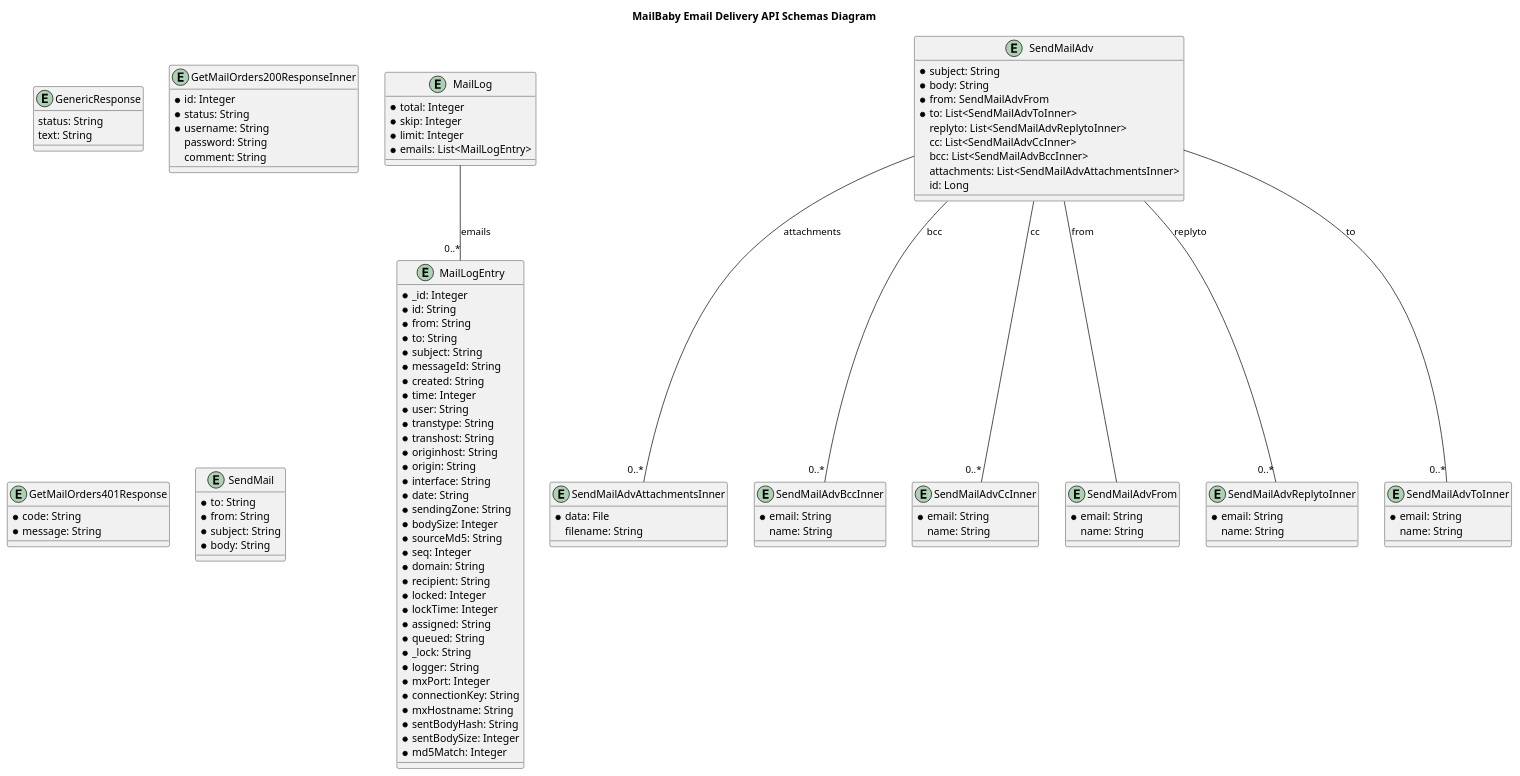
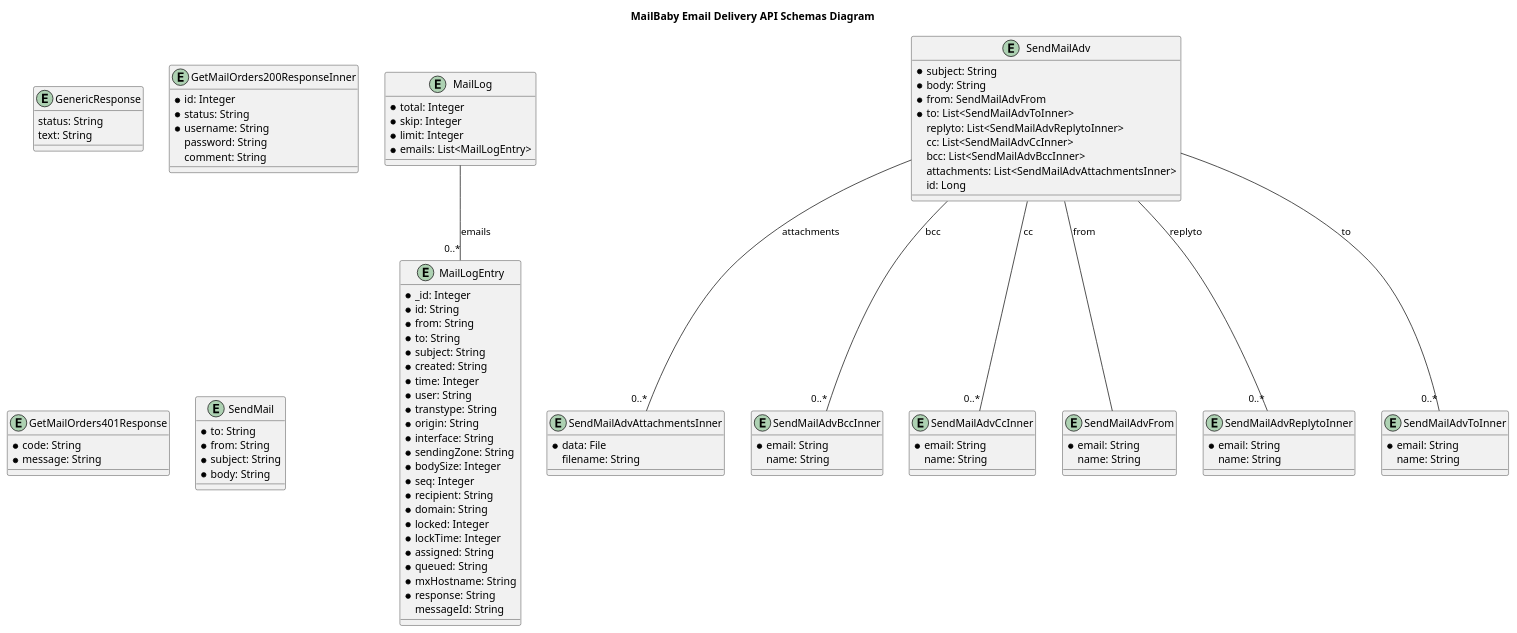
Before and after one commit to interserver/mailbaby-api-samples: the diagram in openapi-documentation/plantuml/schemas.plantuml, drawn with PlantUML. The commit also changed 1531 other files, not shown here.

```diff
--- a/openapi-documentation/plantuml/schemas.plantuml
+++ b/openapi-documentation/plantuml/schemas.plantuml
@@ -1,124 +1,114 @@
 @startuml
 
 title MailBaby Email Delivery API Schemas Diagram
 
 entity GenericResponse {
     status: String
     text: String
 }
 
 entity GetMailOrders200ResponseInner {
     * id: Integer
     * status: String
     * username: String
     password: String
     comment: String
 }
 
 entity GetMailOrders401Response {
     * code: String
     * message: String
 }
 
 entity MailLog {
     * total: Integer
     * skip: Integer
     * limit: Integer
     * emails: List<MailLogEntry>
 }
 
 entity MailLogEntry {
     * _id: Integer
     * id: String
     * from: String
     * to: String
     * subject: String
-    * messageId: String
     * created: String
     * time: Integer
     * user: String
     * transtype: String
-    * transhost: String
-    * originhost: String
     * origin: String
     * interface: String
-    * date: String
     * sendingZone: String
     * bodySize: Integer
-    * sourceMd5: String
     * seq: Integer
+    * recipient: String
     * domain: String
-    * recipient: String
     * locked: Integer
     * lockTime: Integer
     * assigned: String
     * queued: String
-    * _lock: String
-    * logger: String
-    * mxPort: Integer
-    * connectionKey: String
     * mxHostname: String
-    * sentBodyHash: String
-    * sentBodySize: Integer
-    * md5Match: Integer
+    * response: String
+    messageId: String
 }
 
 entity SendMail {
     * to: String
     * from: String
     * subject: String
     * body: String
 }
 
 entity SendMailAdv {
     * subject: String
     * body: String
     * from: SendMailAdvFrom
     * to: List<SendMailAdvToInner>
     replyto: List<SendMailAdvReplytoInner>
     cc: List<SendMailAdvCcInner>
     bcc: List<SendMailAdvBccInner>
     attachments: List<SendMailAdvAttachmentsInner>
     id: Long
 }
 
 entity SendMailAdvAttachmentsInner {
     * data: File
     filename: String
 }
 
 entity SendMailAdvBccInner {
     * email: String
     name: String
 }
 
 entity SendMailAdvCcInner {
     * email: String
     name: String
 }
 
 entity SendMailAdvFrom {
     * email: String
     name: String
 }
 
 entity SendMailAdvReplytoInner {
     * email: String
     name: String
 }
 
 entity SendMailAdvToInner {
     * email: String
     name: String
 }
 
 
 SendMailAdv -- SendMailAdvFrom : from
 SendMailAdv -- "0..*" SendMailAdvToInner : to
 SendMailAdv -- "0..*" SendMailAdvReplytoInner : replyto
 SendMailAdv -- "0..*" SendMailAdvCcInner : cc
 SendMailAdv -- "0..*" SendMailAdvBccInner : bcc
 SendMailAdv -- "0..*" SendMailAdvAttachmentsInner : attachments
 MailLog -- "0..*" MailLogEntry : emails
 
 @enduml
```
